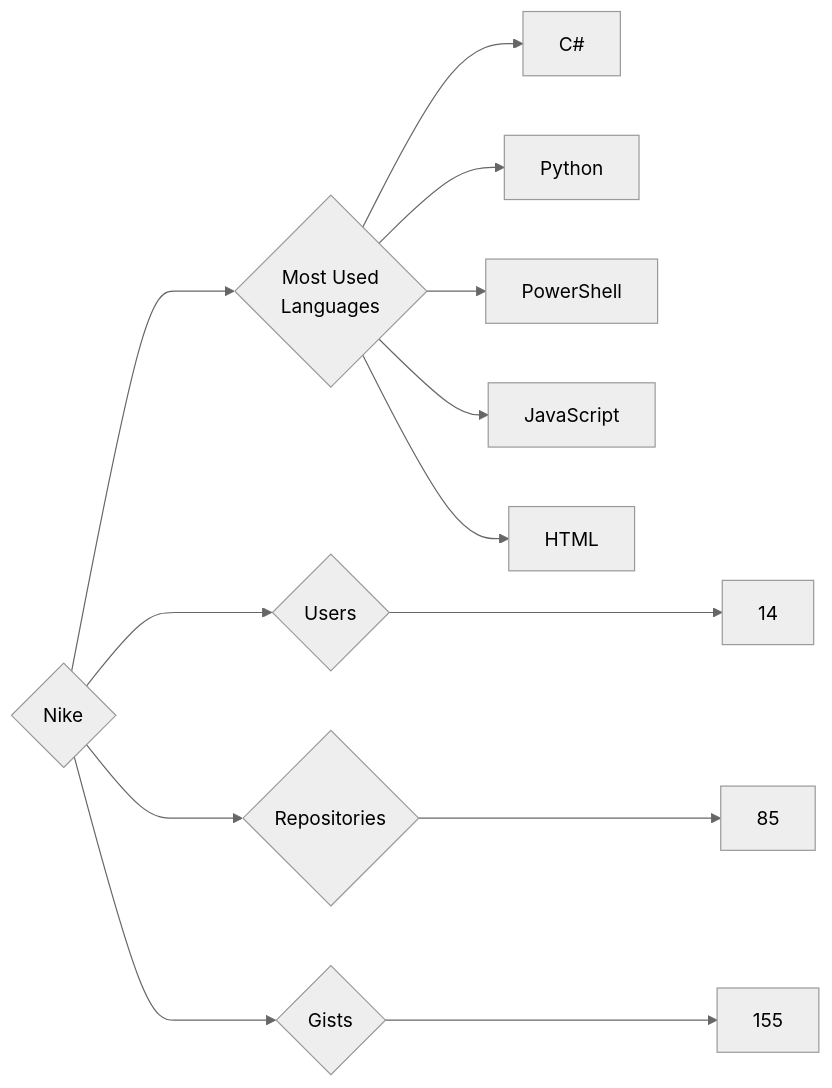
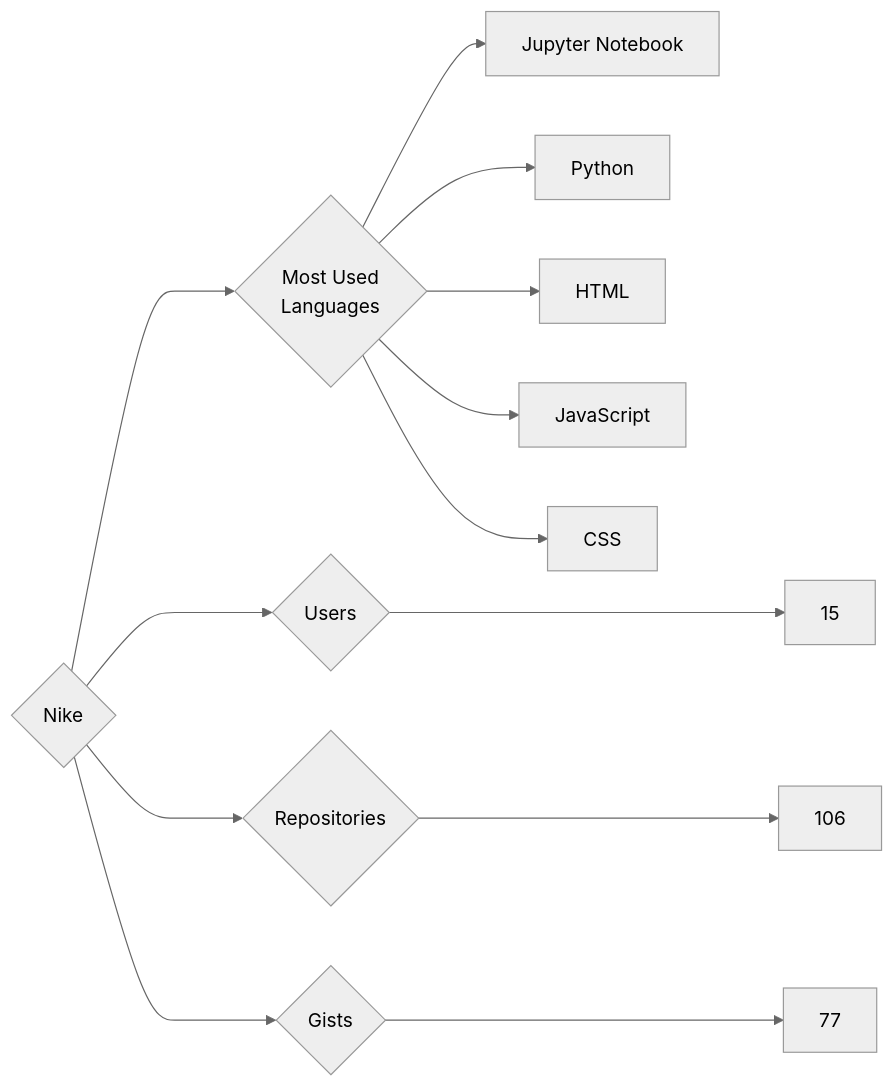
The diagram in targets/Nike/README.md (trickest/insiders), drawn with Mermaid (neutral theme) before and after one commit. The commit also changed 948 other files, not shown here.

````diff
--- a/targets/Nike/README.md
+++ b/targets/Nike/README.md
@@ -3,13 +3,13 @@
 ```mermaid
 graph LR
 COMPANY_NAME{Nike}
-COMPANY_NAME ---> U{Users} ---> UN[14]
-COMPANY_NAME ---> R{Repositories} ---> RN[85]
-COMPANY_NAME ---> G{Gists} ---> GN[155]
+COMPANY_NAME ---> U{Users} ---> UN[15]
+COMPANY_NAME ---> R{Repositories} ---> RN[106]
+COMPANY_NAME ---> G{Gists} ---> GN[77]
 COMPANY_NAME ---> ML{Most Used<br>Languages}
-ML --> C#[C#]
+ML --> Jupyter_Notebook[Jupyter Notebook]
 ML --> Python[Python]
-ML --> PowerShell[PowerShell]
+ML --> HTML[HTML]
 ML --> JavaScript[JavaScript]
-ML --> HTML[HTML]
+ML --> CSS[CSS]
 ```
````
